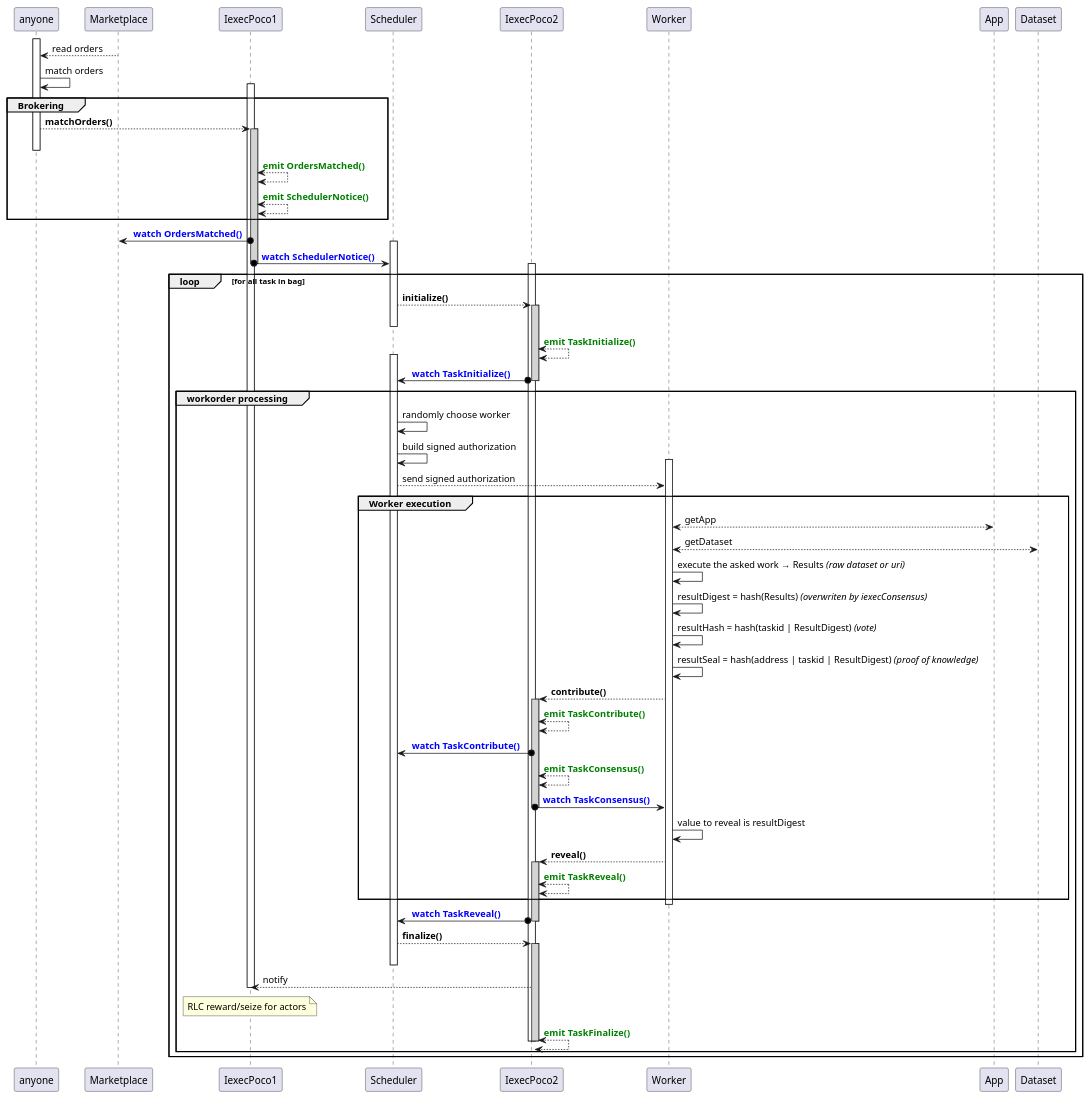
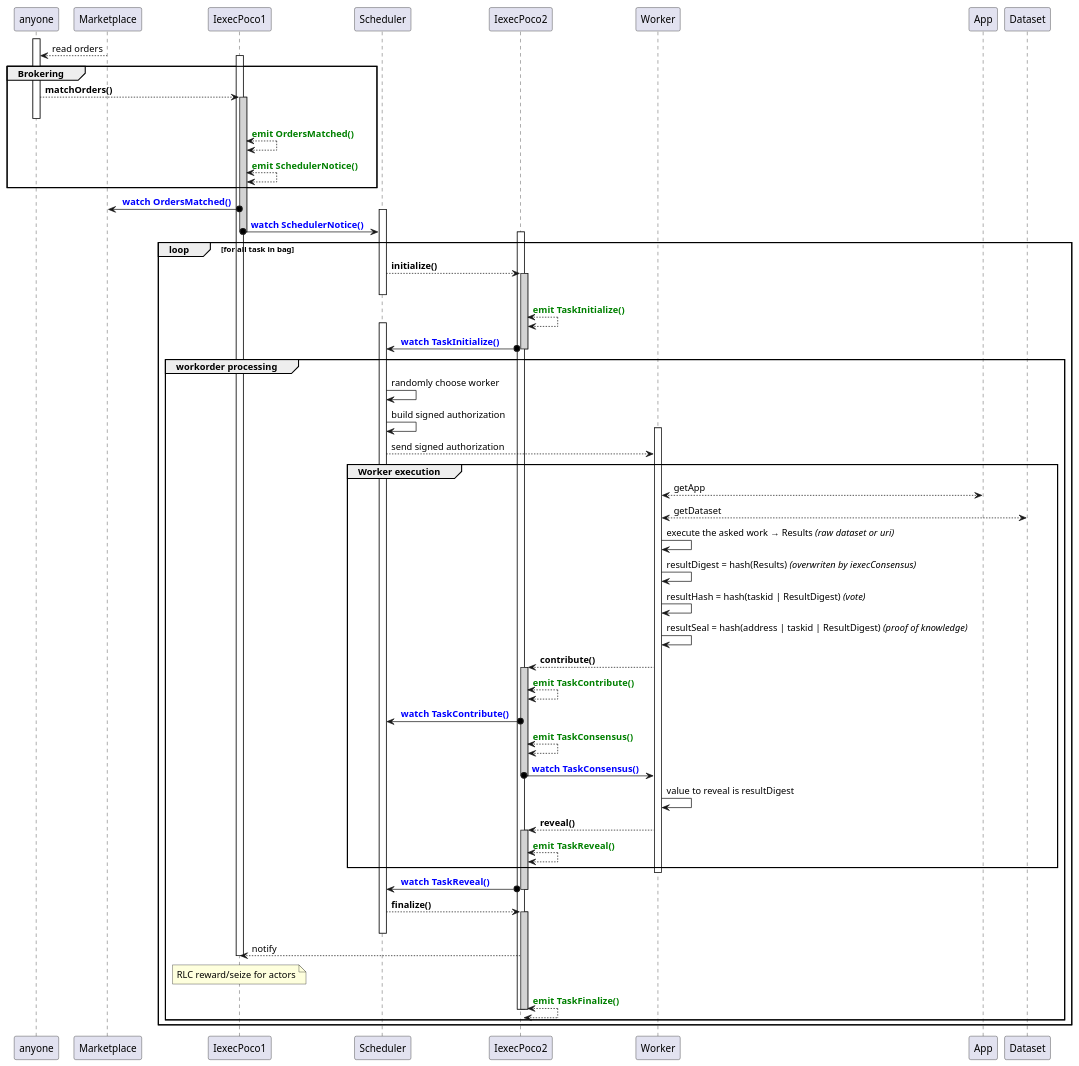
Before and after one commit to iExecBlockchainComputing/PoCo: the diagram in uml/nominalworkflow-ODB-2a-match2finalize-classic.puml, drawn with PlantUML. The commit also changed 2 other files, not shown here.

Commit message:
Remove matchOrder self-cycle arrow

```diff
--- a/uml/nominalworkflow-ODB-2a-match2finalize-classic.puml
+++ b/uml/nominalworkflow-ODB-2a-match2finalize-classic.puml
@@ -1,76 +1,75 @@
 @startuml
 
 activate anyone
 Marketplace --> anyone  : read orders
-anyone -> anyone : match orders
 activate IexecPoco1
 
 group Brokering
 	anyone --> IexecPoco1 : <b>matchOrders()
 	activate IexecPoco1 #lightgrey
 	deactivate anyone
 	IexecPoco1 <--> IexecPoco1 : <font color=green><b>emit OrdersMatched()
 	IexecPoco1 <--> IexecPoco1 : <font color=green><b>emit SchedulerNotice()
 end
 
 IexecPoco1 o-> Marketplace : <font color=blue><b> watch OrdersMatched()
 deactivate Marketplace
 activate Scheduler
 IexecPoco1 o-> Scheduler : <font color=blue><b> watch SchedulerNotice()
 deactivate IexecPoco1
 
 loop for all task in bag
 
 	activate IexecPoco2
 	Scheduler --> IexecPoco2 : <b>initialize()
 	activate IexecPoco2 #lightgrey
 	deactivate Scheduler
 	IexecPoco2 <--> IexecPoco2 : <font color=green><b>emit TaskInitialize()
 	activate Scheduler
 	IexecPoco2 o-> Scheduler : <font color=blue><b> watch TaskInitialize()
 	deactivate IexecPoco2
 
 	group workorder processing
 		Scheduler -> Scheduler : randomly choose worker
 		Scheduler -> Scheduler : build signed authorization
 		activate Worker
 		Scheduler --> Worker : send signed authorization
 
 		group Worker execution
 			Worker  <--> App : getApp
 			Worker  <--> Dataset : getDataset
 			Worker -> Worker : execute the asked work → Results //(raw dataset or uri)//
 			Worker -> Worker : resultDigest = hash(Results) //(overwriten by iexecConsensus)//
 			Worker -> Worker : resultHash = hash(taskid | ResultDigest) //(vote)//
 			Worker -> Worker : resultSeal = hash(address | taskid | ResultDigest) //(proof of knowledge)//
 			Worker --> IexecPoco2 : <b>contribute()
 			activate IexecPoco2 #lightgrey
 			IexecPoco2 <--> IexecPoco2 : <font color=green><b>emit TaskContribute()
 			IexecPoco2 o-> Scheduler : <font color=blue><b> watch TaskContribute()
 			IexecPoco2 <--> IexecPoco2 : <font color=green><b>emit TaskConsensus()
 			IexecPoco2 o-> Worker : <font color=blue><b> watch TaskConsensus()
 			deactivate IexecPoco2
 			Worker -> Worker : value to reveal is resultDigest
 			Worker --> IexecPoco2 : <b>reveal()
 			activate IexecPoco2 #lightgrey
 			IexecPoco2 <--> IexecPoco2 : <font color=green><b>emit TaskReveal()
 			end
 
 		deactivate  Worker
 
 		IexecPoco2 o-> Scheduler : <font color=blue><b> watch TaskReveal()
 		deactivate IexecPoco2
 		Scheduler --> IexecPoco2 : <b>finalize()
 		activate IexecPoco2 #lightgrey
 		deactivate Scheduler
 		IexecPoco2 --> IexecPoco1 : notify
 		note over IexecPoco1 : RLC reward/seize for actors
 		deactivate IexecPoco1
 		IexecPoco2 <--> IexecPoco2 : <font color=green><b>emit TaskFinalize()
 		deactivate IexecPoco2
 		deactivate IexecPoco2
 
 	end
 end
 
 @enduml
```
